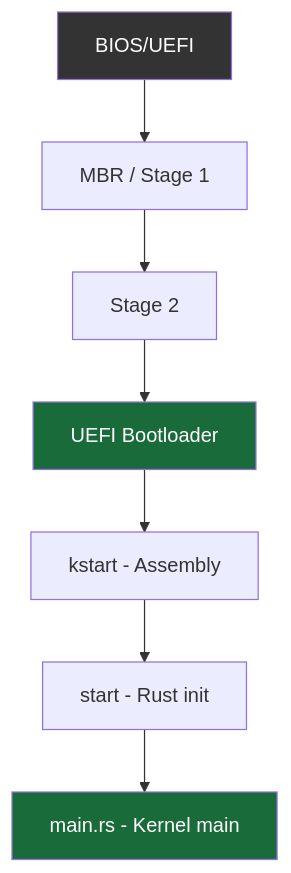
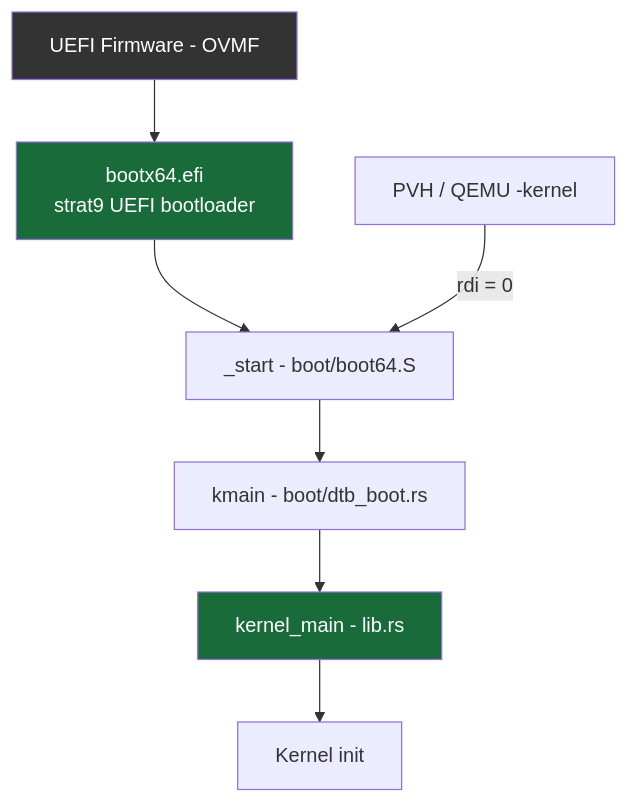
One commit to ggielly/strat9-os changed the first of 3 diagrams in docs-site/src/boot-sequence.md. Above: the diagram before and after it, drawn with Mermaid. The commit also changed other lines of this file and 5 other files, not shown here.

First line of the commit message:
chore(build): remove residual Limine references; align boot docs with UEFI reality

````diff
--- a/docs-site/src/boot-sequence.md
+++ b/docs-site/src/boot-sequence.md
@@ -9,13 +12,14 @@
 ```mermaid
 flowchart TD
-    A[BIOS/UEFI] --> B[MBR / Stage 1]
-    B --> C[Stage 2]
-    C --> D[UEFI Bootloader]
-    D --> E[kstart - Assembly]
-    E --> F[start - Rust init]
-    F --> G[main.rs - Kernel main]
+    A[UEFI Firmware - OVMF] --> B[bootx64.efi<br/>strat9 UEFI bootloader]
+    B --> C[_start - boot/boot64.S]
+    C --> D[kmain - boot/dtb_boot.rs]
+    D --> E[kernel_main - lib.rs]
+    E --> F[Kernel init]
+
+    P[PVH / QEMU -kernel] -->|rdi = 0| C
 
     style A fill:#333,color:#fff
-    style D fill:#1a6b3a,color:#fff
-    style G fill:#1a6b3a,color:#fff
+    style B fill:#1a6b3a,color:#fff
+    style E fill:#1a6b3a,color:#fff
 ```
````
